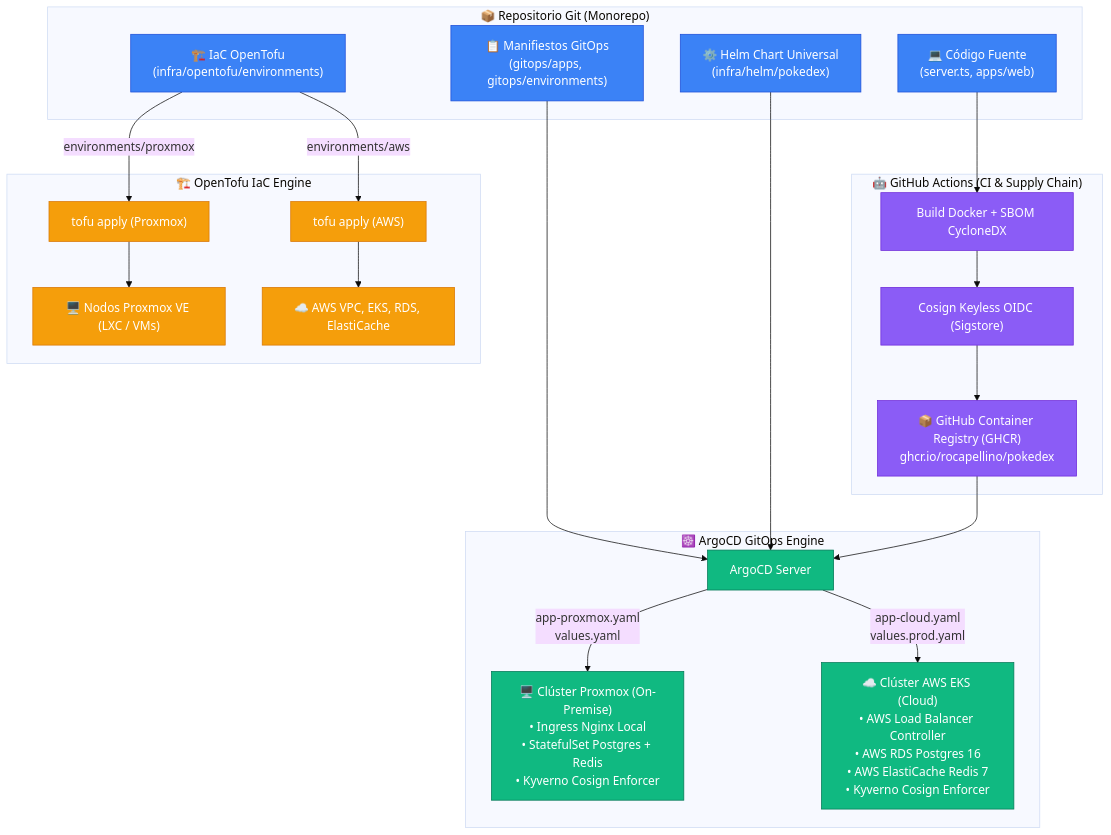
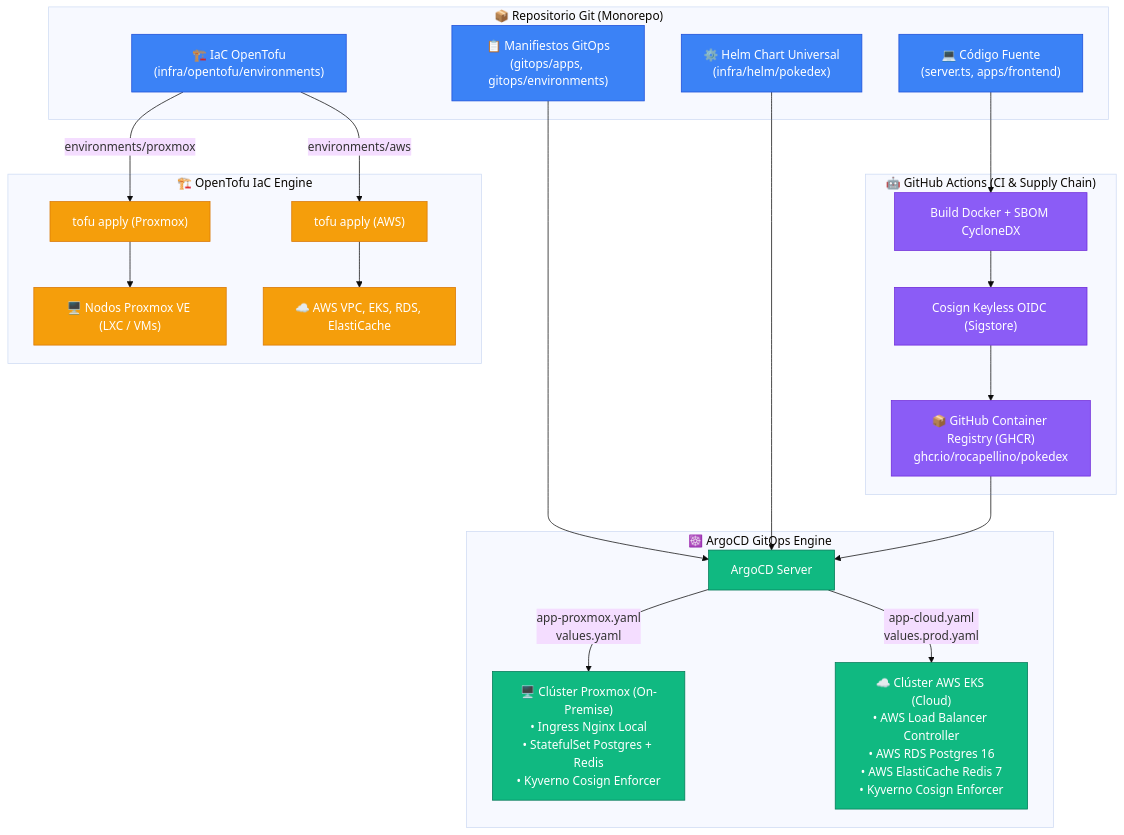
Before and after one commit to rocapellino/pokedex: the diagram in docs/architecture/CLOUD_INFRASTRUCTURE_DESIGN.md, drawn with Mermaid (base theme). The commit also changed 17 other files, not shown here.

````diff
--- a/docs/architecture/CLOUD_INFRASTRUCTURE_DESIGN.md
+++ b/docs/architecture/CLOUD_INFRASTRUCTURE_DESIGN.md
@@ -98,41 +98,41 @@
 ```mermaid
 flowchart TD
     subgraph SCM["📦 Repositorio Git (Monorepo)"]
-        CODE["💻 Código Fuente\n(server.ts, apps/web)"]
+        CODE["💻 Código Fuente\n(server.ts, apps/frontend)"]
         HELM_CHART["⚙️ Helm Chart Universal\n(infra/helm/pokedex)"]
         GITOPS_DIR["📋 Manifiestos GitOps\n(gitops/apps, gitops/environments)"]
         TOFU_DIR["🏗️ IaC OpenTofu\n(infra/opentofu/environments)"]
     end
 
     subgraph CI_PIPELINE["🤖 GitHub Actions (CI & Supply Chain)"]
         CODE --> CI_BUILD["Build Docker + SBOM CycloneDX"]
         CI_BUILD --> COSIGN_SIGN["Cosign Keyless OIDC (Sigstore)"]
         COSIGN_SIGN --> GHCR["📦 GitHub Container Registry (GHCR)\nghcr.io/rocapellino/pokedex"]
     end
 
     subgraph IAC_ENGINE["🏗️ OpenTofu IaC Engine"]
         TOFU_DIR -->|environments/proxmox| TOFU_PROX["tofu apply (Proxmox)"]
         TOFU_DIR -->|environments/aws| TOFU_AWS["tofu apply (AWS)"]
         TOFU_PROX --> PROX_INFRA["🖥️ Nodos Proxmox VE (LXC / VMs)"]
         TOFU_AWS --> AWS_INFRA["☁️ AWS VPC, EKS, RDS, ElastiCache"]
     end
 
     subgraph GITOPS_SYNC["☸️ ArgoCD GitOps Engine"]
         GITOPS_DIR --> ARGO["ArgoCD Server"]
         HELM_CHART --> ARGO
         GHCR --> ARGO
         
         ARGO -->|app-proxmox.yaml\nvalues.yaml| ENV_PROX["🖥️ Clúster Proxmox (On-Premise)\n• Ingress Nginx Local\n• StatefulSet Postgres + Redis\n• Kyverno Cosign Enforcer"]
         ARGO -->|app-cloud.yaml\nvalues.prod.yaml| ENV_AWS["☁️ Clúster AWS EKS (Cloud)\n• AWS Load Balancer Controller\n• AWS RDS Postgres 16\n• AWS ElastiCache Redis 7\n• Kyverno Cosign Enforcer"]
     end
 
     classDef git fill:#3b82f6,stroke:#1d4ed8,color:#fff;
     classDef ci fill:#8b5cf6,stroke:#6d28d9,color:#fff;
     classDef iac fill:#f59e0b,stroke:#d97706,color:#fff;
     classDef gitops fill:#10b981,stroke:#047857,color:#fff;
 
     class CODE,HELM_CHART,GITOPS_DIR,TOFU_DIR git;
     class CI_BUILD,COSIGN_SIGN,GHCR ci;
     class TOFU_PROX,TOFU_AWS,PROX_INFRA,AWS_INFRA iac;
     class ARGO,ENV_PROX,ENV_AWS gitops;
 ```
````
